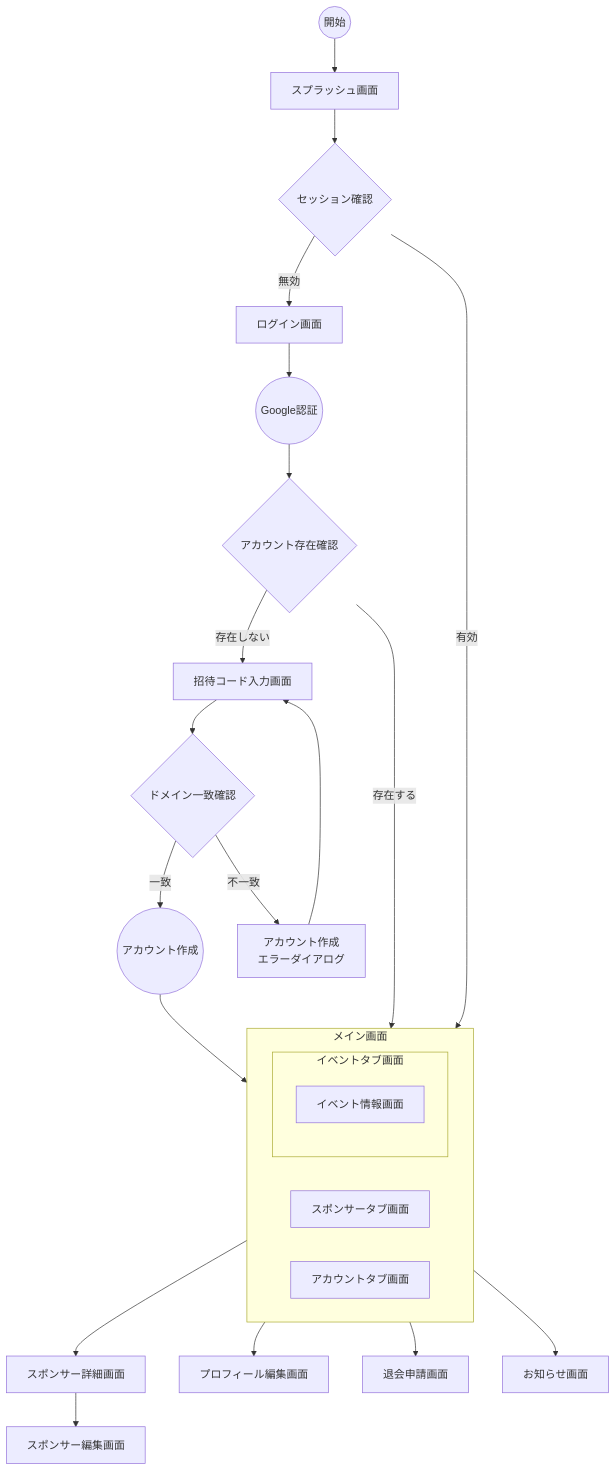
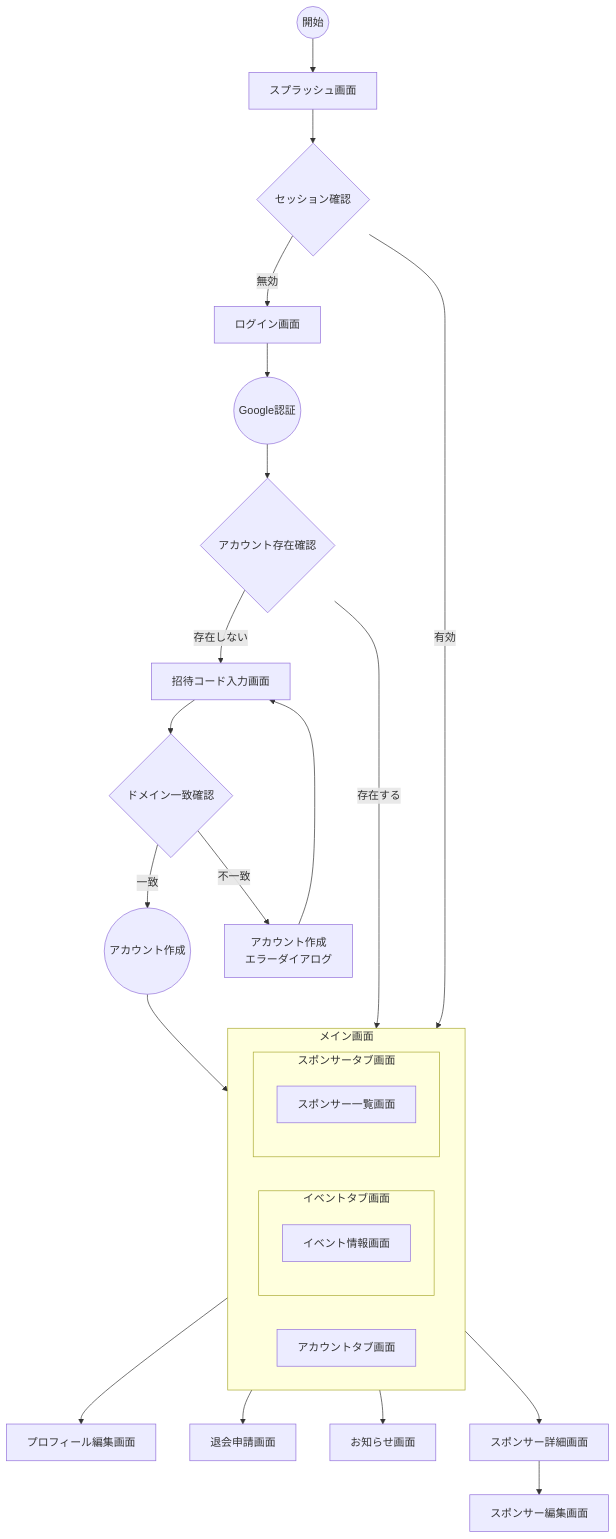
One commit to FlutterKaigi/2025 changed the diagram in docs/dashboard/SCREENS.md. Above: the diagram before and after it, drawn with Mermaid. The commit also changed other lines of this file, not shown here.

Commit message:
docs: スポンサー一覧画面をスポンサータブ画面の内包要素として追加

````diff
--- a/docs/dashboard/SCREENS.md
+++ b/docs/dashboard/SCREENS.md
@@ -51,39 +52,41 @@
 ```mermaid
 flowchart TD
     Start((開始)) --> Splash[スプラッシュ画面]
     Splash --> SessionCheck{セッション確認}
     SessionCheck --> |有効| EventTab[イベントタブ画面]
     SessionCheck --> |無効| Login[ログイン画面]
     
     %% 認証フロー
     Login --> GoogleAuth((Google認証))
     GoogleAuth --> AccountCheck{アカウント存在確認}
     AccountCheck --> |存在する| EventTab[イベントタブ画面]
     AccountCheck --> |存在しない| InvitationCode[招待コード入力画面]
     
     %% 新規登録フロー
     InvitationCode --> DomainCheck{ドメイン一致確認}
     DomainCheck --> |一致| CreateAccount((アカウント作成))
     DomainCheck --> |不一致| RegisterError[アカウント作成<br>エラーダイアログ]
     RegisterError --> InvitationCode
     CreateAccount --> EventTab
     
     %% メイン画面のタブ構成
     subgraph Main[メイン画面]
       direction LR
       subgraph EventTab[イベントタブ画面]
         EventInfo[イベント情報画面]
       end
-      SponsorTab[スポンサータブ画面]
+      subgraph SponsorTab[スポンサータブ画面]
+        SponsorList[スポンサー一覧画面]
+      end
       Account[アカウントタブ画面]
     end
 
     EventTab --> News[お知らせ画面]
     
     SponsorTab --> SponsorDetail[スポンサー詳細画面]
     
     SponsorDetail --> SponsorEdit[スポンサー編集画面]
     
     Account --> Profile[プロフィール編集画面]
     Account --> Withdrawal[退会申請画面]
 ```
````
